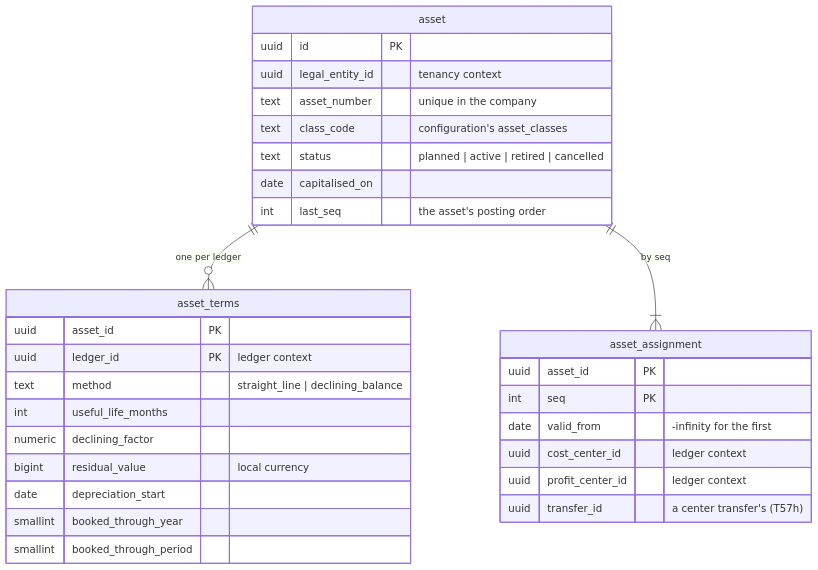
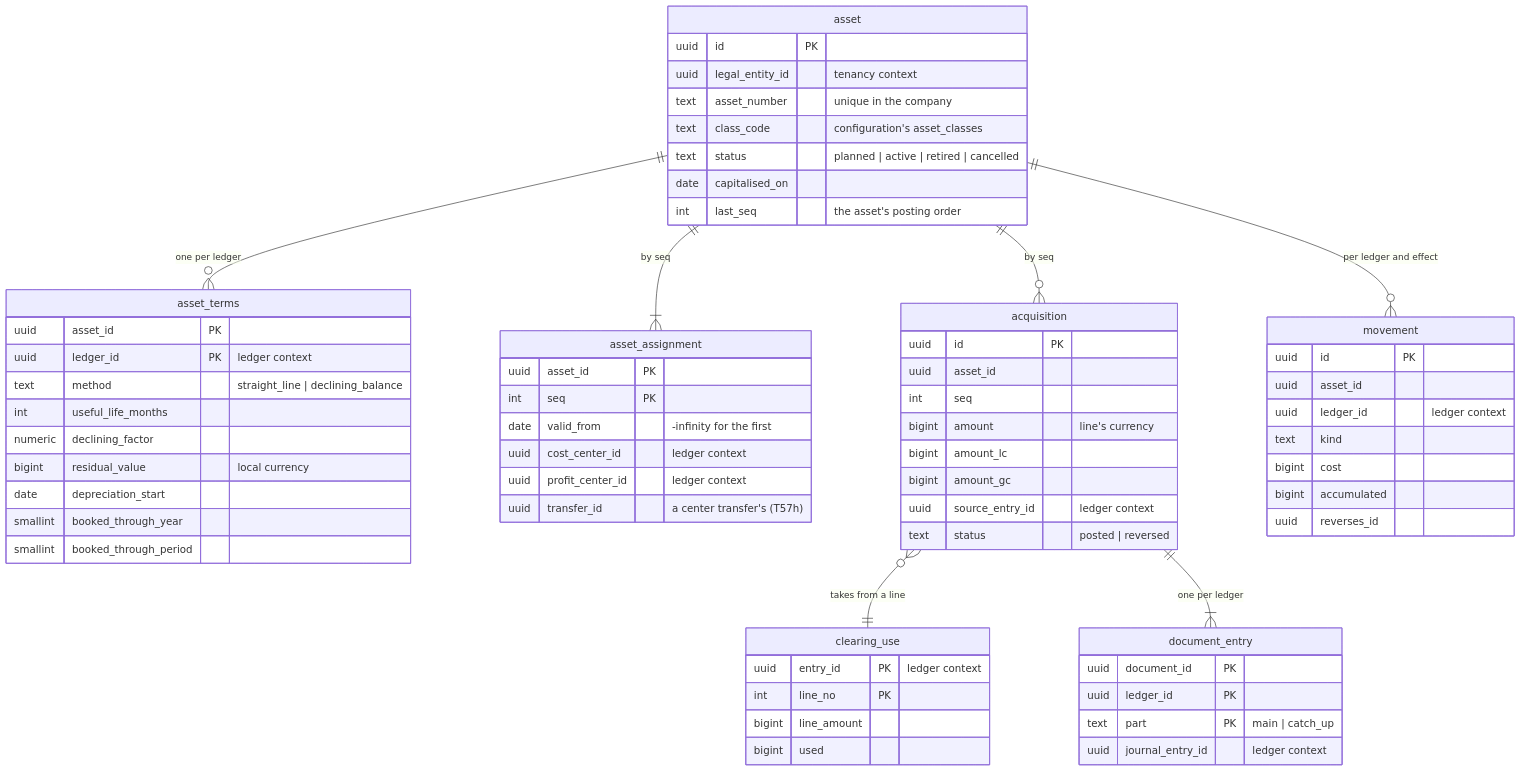
Diagram 13 of 13 in docs/design/03-data-model.md (mustie7iy/agentic-erp), drawn with Mermaid before and after one commit. The commit also changed other lines of this file and 45 other files, not shown here.

Commit message:
T57c: asset acquisitions from posted lines on the asset clearing account: PostingLine.GC, acquisition, clearing_use, movement, document_entry (migration 000192), /v1/asset-acquisitions, /v1/asset-clearing-items, AssetMovementPosted

````diff
--- a/docs/design/03-data-model.md
+++ b/docs/design/03-data-model.md
@@ -2872,27 +2873,54 @@
 ```mermaid
 erDiagram
   asset ||--o{ asset_terms : "one per ledger"
   asset ||--|{ asset_assignment : "by seq"
+  asset ||--o{ acquisition : "by seq"
+  asset ||--o{ movement : "per ledger and effect"
+  acquisition }o--|| clearing_use : "takes from a line"
+  acquisition ||--|{ document_entry : "one per ledger"
   asset { uuid id PK
     uuid legal_entity_id "tenancy context"
     text asset_number "unique in the company"
     text class_code "configuration's asset_classes"
     text status "planned | active | retired | cancelled"
     date capitalised_on
     int last_seq "the asset's posting order" }
   asset_terms { uuid asset_id PK
     uuid ledger_id PK "ledger context"
     text method "straight_line | declining_balance"
     int useful_life_months
     numeric declining_factor
     bigint residual_value "local currency"
     date depreciation_start
     smallint booked_through_year
     smallint booked_through_period }
   asset_assignment { uuid asset_id PK
     int seq PK
     date valid_from "-infinity for the first"
     uuid cost_center_id "ledger context"
     uuid profit_center_id "ledger context"
     uuid transfer_id "a center transfer's (T57h)" }
+  acquisition { uuid id PK
+    uuid asset_id
+    int seq
+    bigint amount "line's currency"
+    bigint amount_lc
+    bigint amount_gc
+    uuid source_entry_id "ledger context"
+    text status "posted | reversed" }
+  clearing_use { uuid entry_id PK "ledger context"
+    int line_no PK
+    bigint line_amount
+    bigint used }
+  movement { uuid id PK
+    uuid asset_id
+    uuid ledger_id "ledger context"
+    text kind
+    bigint cost
+    bigint accumulated
+    uuid reverses_id }
+  document_entry { uuid document_id PK
+    uuid ledger_id PK
+    text part PK "main | catch_up"
+    uuid journal_entry_id "ledger context" }
 ```
````
